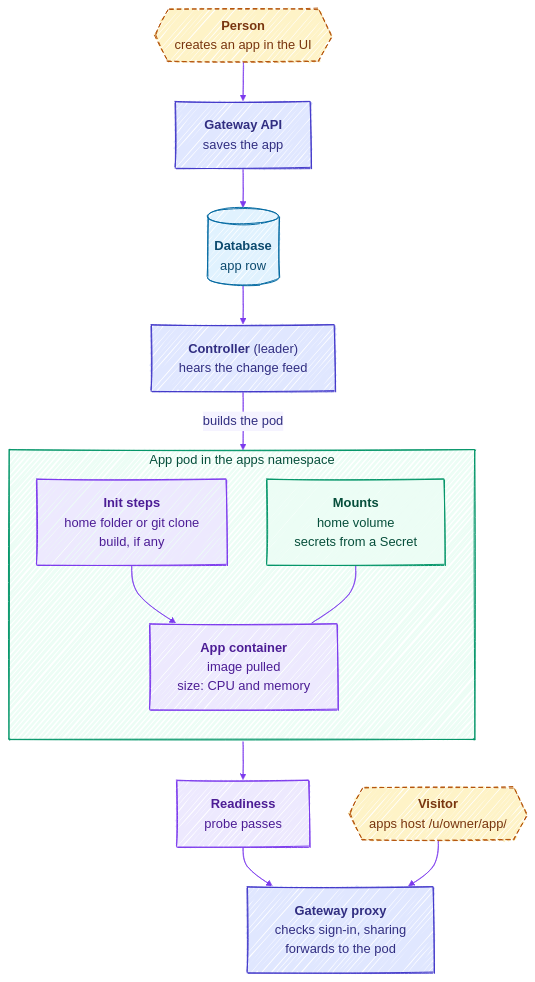
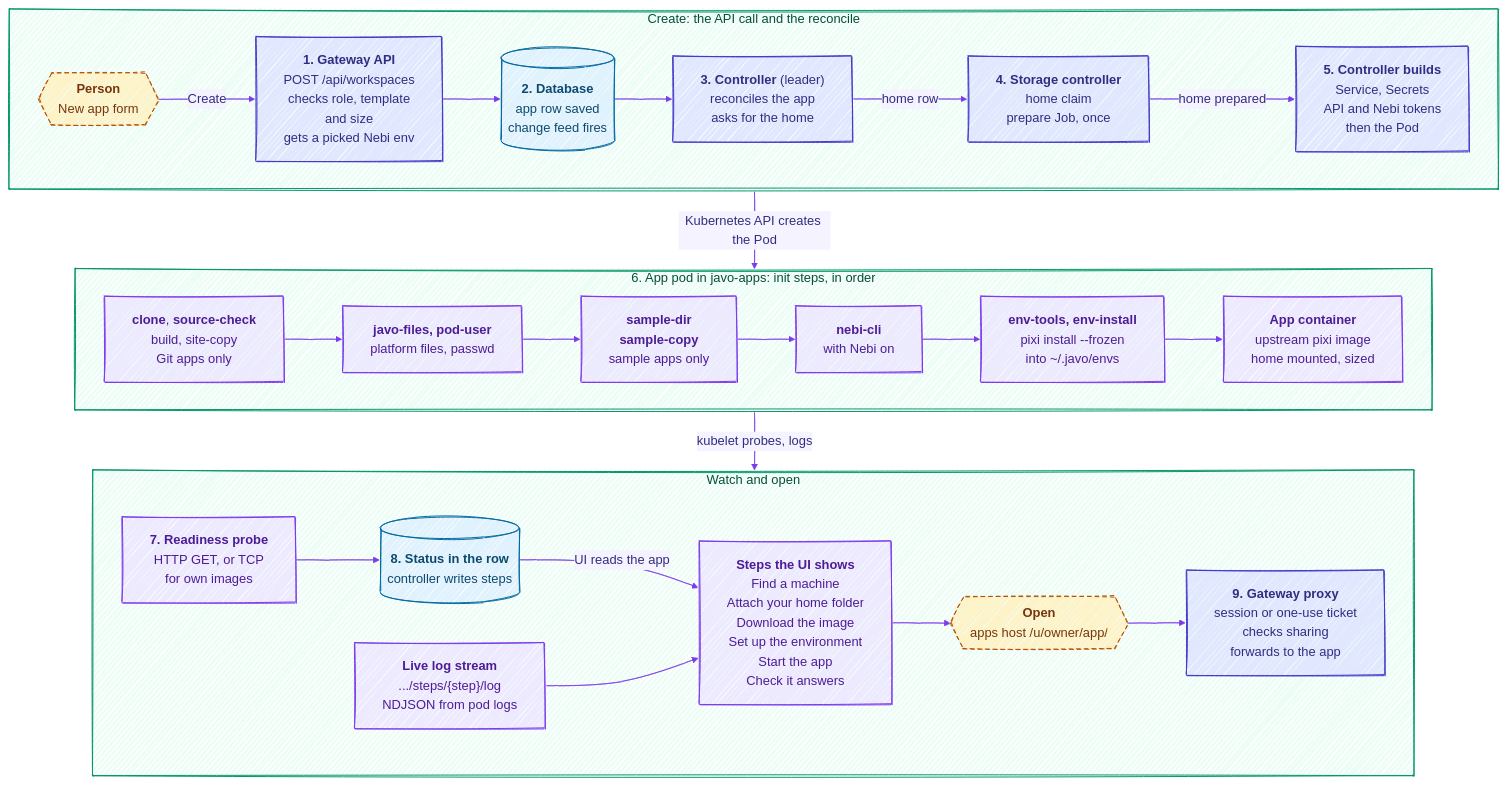
One commit to nebari-dev/javo changed the diagram in site/diagrams/app-deploy.mmd. Above: the diagram before and after it, drawn with Mermaid. The commit also changed 5 other files, not shown here.

First line of the commit message:
docs: redraw the architecture and app creation diagrams, rewrite the architecture page

```diff
--- a/site/diagrams/app-deploy.mmd
+++ b/site/diagrams/app-deploy.mmd
@@ -1,69 +1,69 @@
 ---
 config:
   look: handDrawn
   theme: base
   themeVariables:
     fontFamily: "Fira Sans, sans-serif"
     fontSize: "17px"
     background: "#F5F3FF"
     primaryColor: "#E0E7FF"
     primaryBorderColor: "#4338CA"
     primaryTextColor: "#312E81"
     lineColor: "#7C3AED"
     clusterBkg: "#FAF9FF"
     clusterBorder: "#C4B5FD"
     edgeLabelBackground: "#F5F3FF"
   flowchart:
     curve: basis
     padding: 18
 ---
 flowchart TB
-  person{{"`**Person**
-creates an app in the UI`"}}
-  gw["`**Gateway API**
-saves the app`"]
-  db[("`**Database**
-app row`")]
-  ctrl["`**Controller** (leader)
-hears the change feed`"]
-
-  subgraph pod["App pod in the apps namespace"]
-    direction TB
-    init["`**Init steps**
-home folder or git clone
-build, if any`"]
-    app["`**App container**
-image pulled
-size: CPU and memory`"]
-    mounts["`**Mounts**
-home volume
-secrets from a Secret`"]
+  subgraph create["Create: the API call and the reconcile"]
+    direction LR
+    person{{"<b>Person</b><br/>New app form"}}
+    gw["<b>1. Gateway API</b><br/>POST /api/workspaces<br/>checks role, template<br/>and size<br/>gets a picked Nebi env"]
+    db[("<b>2. Database</b><br/>app row saved<br/>change feed fires")]
+    ctrl["<b>3. Controller</b> (leader)<br/>reconciles the app<br/>asks for the home"]
+    storage["<b>4. Storage controller</b><br/>home claim<br/>prepare Job, once"]
+    build["<b>5. Controller builds</b><br/>Service, Secrets<br/>API and Nebi tokens<br/>then the Pod"]
+    person -- "Create" --> gw --> db --> ctrl -- "home row" --> storage -- "home prepared" --> build
   end
 
-  ready["`**Readiness**
-probe passes`"]
-  proxy["`**Gateway proxy**
-checks sign-in, sharing
-forwards to the pod`"]
-  viewer{{"`**Visitor**
-apps host /u/owner/app/`"}}
+  subgraph pod["6. App pod in javo-apps: init steps, in order"]
+    direction LR
+    src["<b>clone</b>, <b>source-check</b><br/>build, site-copy<br/>Git apps only"]
+    pf["<b>javo-files, pod-user</b><br/>platform files, passwd"]
+    sample["<b>sample-dir</b><br/><b>sample-copy</b><br/>sample apps only"]
+    nebicli["<b>nebi-cli</b><br/>with Nebi on"]
+    env["<b>env-tools, env-install</b><br/>pixi install --frozen<br/>into ~/.javo/envs"]
+    appc["<b>App container</b><br/>upstream pixi image<br/>home mounted, sized"]
+    src --> pf --> sample --> nebicli --> env --> appc
+  end
 
-  person --> gw --> db --> ctrl
-  ctrl -- "builds the pod" --> init
-  init --> app
-  mounts --- app
-  app --> ready --> proxy
-  viewer --> proxy
+  subgraph watch["Watch and open"]
+    direction LR
+    ready["<b>7. Readiness probe</b><br/>HTTP GET, or TCP<br/>for own images"]
+    status[("<b>8. Status in the row</b><br/>controller writes steps")]
+    logs["<b>Live log stream</b><br/>.../steps/{step}/log<br/>NDJSON from pod logs"]
+    steps["<b>Steps the UI shows</b><br/>Find a machine<br/>Attach your home folder<br/>Download the image<br/>Set up the environment<br/>Start the app<br/>Check it answers"]
+    visitor{{"<b>Open</b><br/>apps host /u/owner/app/"}}
+    proxy["<b>9. Gateway proxy</b><br/>session or one-use ticket<br/>checks sharing<br/>forwards to the app"]
+    ready --> status -- "UI reads the app" --> steps
+    logs --> steps --> visitor --> proxy
+  end
+
+  create -- "Kubernetes API creates the Pod" --> pod
+  pod -- "kubelet probes, logs" --> watch
 
   classDef box fill:#E0E7FF,stroke:#4338CA,color:#312E81
   classDef ext fill:#FEF3C7,stroke:#B45309,color:#78350F,stroke-dasharray:6 4
   classDef chan fill:#EDE9FE,stroke:#7C3AED,color:#4C1D95
   classDef good fill:#ECFDF5,stroke:#059669,color:#064E3B
   classDef store fill:#E0F2FE,stroke:#0369A1,color:#0C4A6E
-  class person,viewer ext
-  class gw,ctrl,proxy box
-  class db store
-  class init,app chan
-  class mounts good
-  class ready chan
-  class pod good
+  class person,visitor ext
+  class gw,ctrl,storage,build,proxy box
+  class db,status store
+  class pf,env,appc chan
+  class src,sample,nebicli chan
+  class ready,steps,logs chan
+  class create,pod,watch good
```
